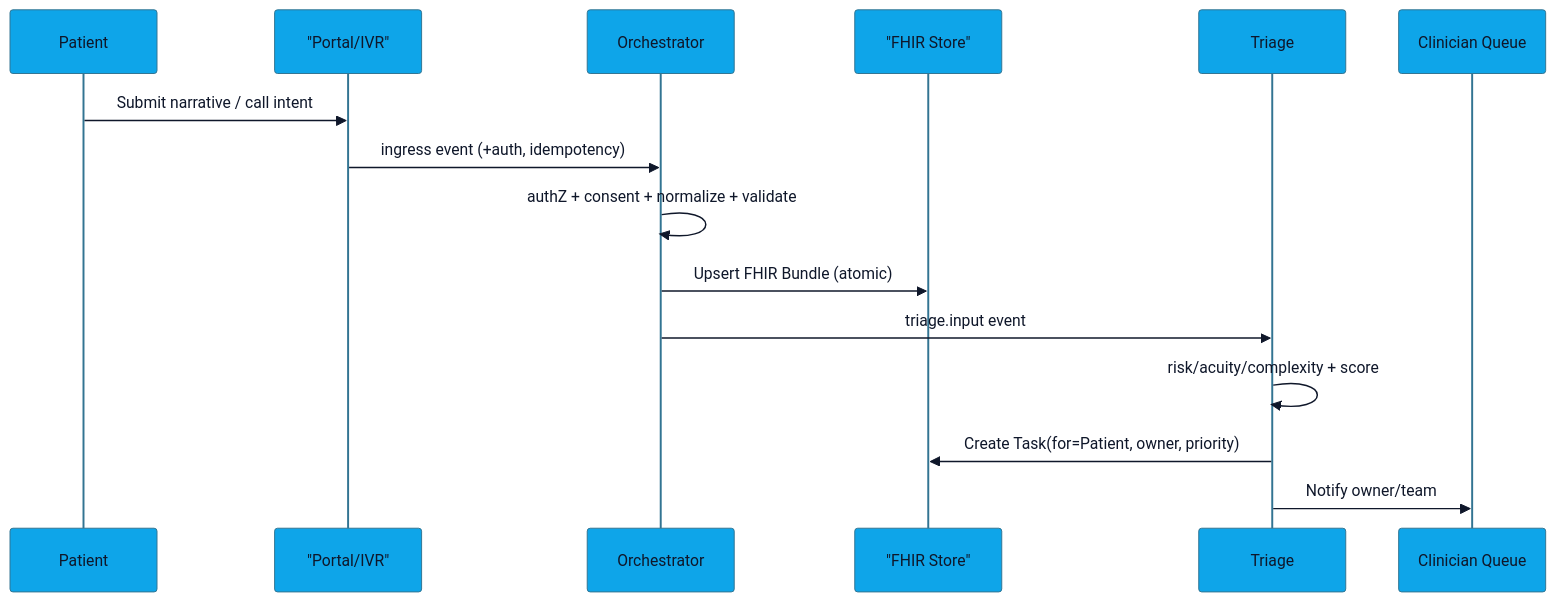
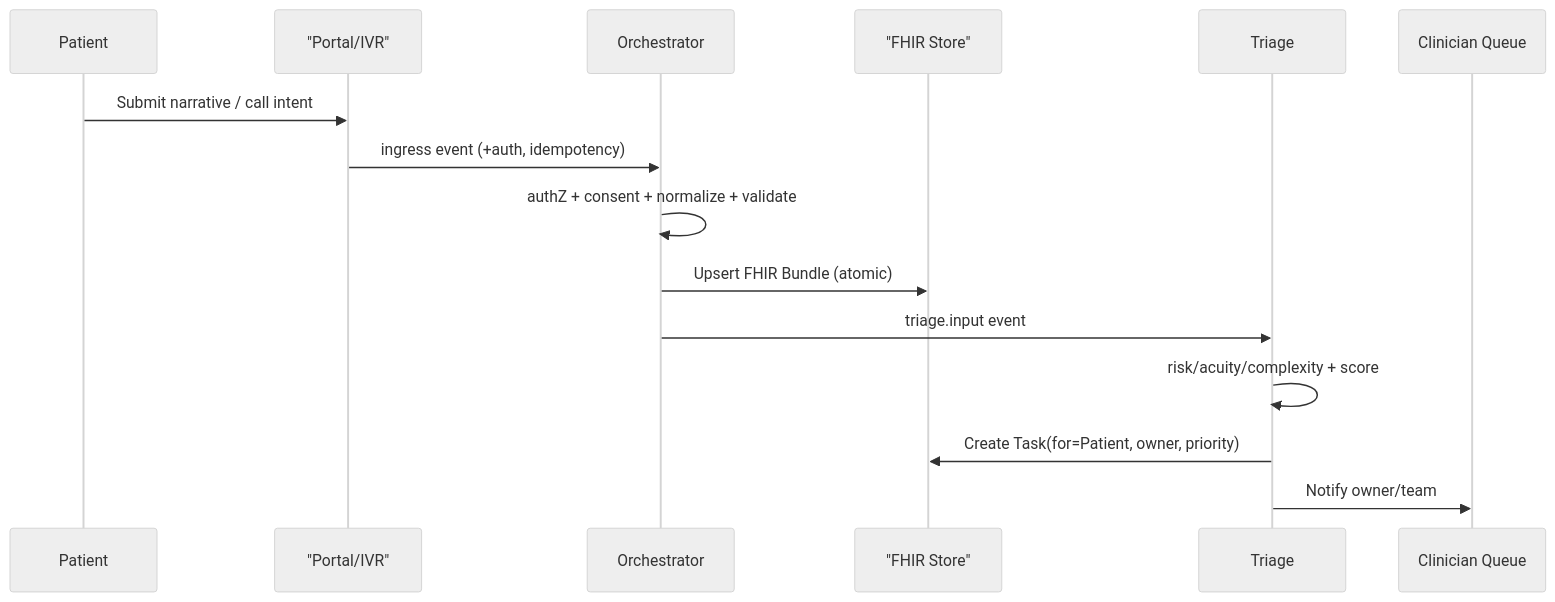
One commit to georgeahmed/onecare changed the second of 13 diagrams in Algorithm.md. Above: the diagram before and after it, drawn with Mermaid. The commit also changed other lines of this file, not shown here.

````diff
--- a/Algorithm.md
+++ b/Algorithm.md
@@ -206,20 +198,18 @@
 ```mermaid
-%%{init: {'theme':'base', 'themeVariables': {
-  'primaryColor': '#0ea5e9','secondaryColor': '#6366f1','tertiaryColor': '#10b981','primaryTextColor': '#0f172a','lineColor': '#64748b','fontFamily': 'Inter, ui-sans-serif, system-ui'
-}}}%%
+%%{init: {'theme':'neutral'}}%%
 sequenceDiagram
   participant Patient
   participant Portal as "Portal/IVR"
   participant Orc as Orchestrator
   participant F as "FHIR Store"
   participant Tri as Triage
   participant Q as Clinician Queue
   Patient->>Portal: Submit narrative / call intent
   Portal->>Orc: ingress event (+auth, idempotency)
   Orc->>Orc: authZ + consent + normalize + validate
   Orc->>F: Upsert FHIR Bundle (atomic)
   Orc->>Tri: triage.input event
   Tri->>Tri: risk/acuity/complexity + score
   Tri->>F: Create Task(for=Patient, owner, priority)
   Tri->>Q: Notify owner/team
 ```
````
